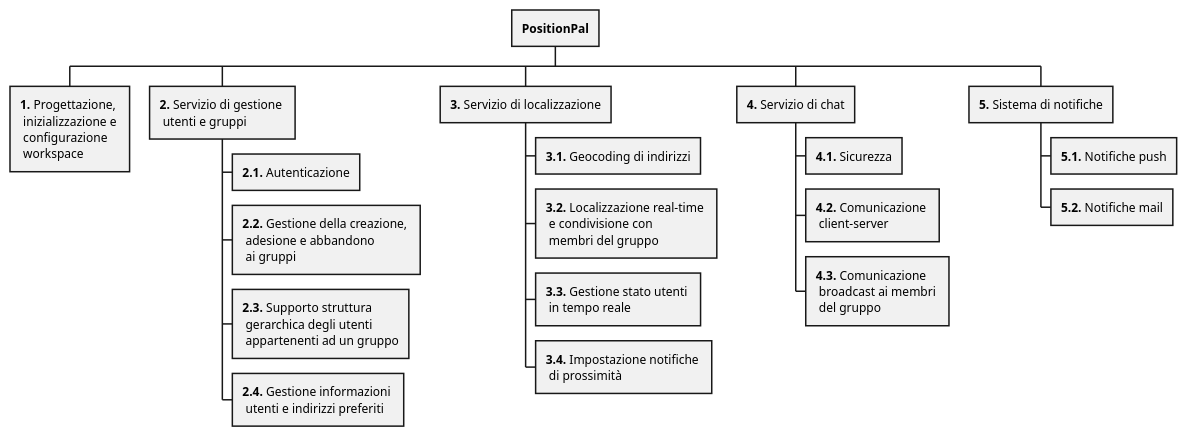
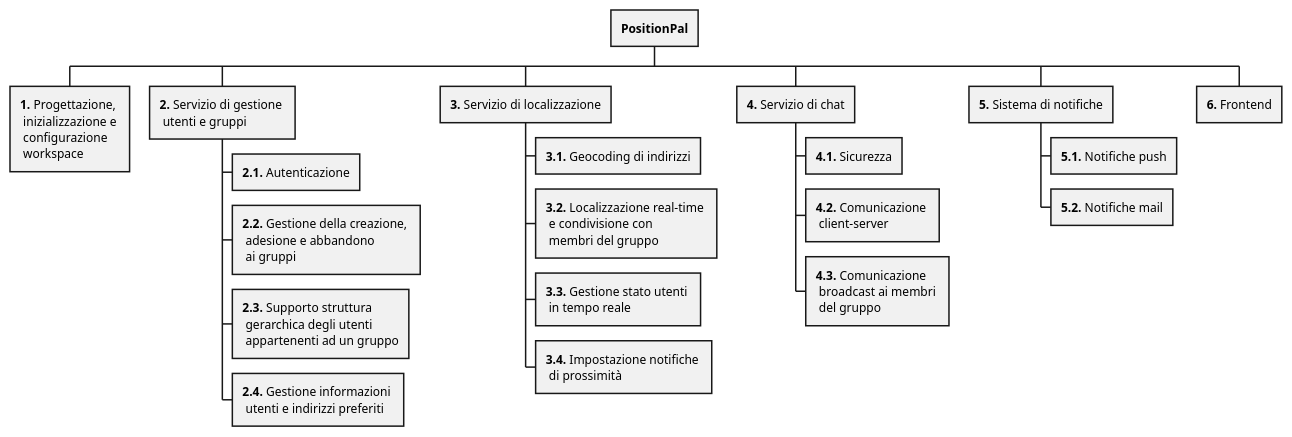
One commit to position-pal/PM-report changed the diagram in _attachments/2-rbs.md. Above: the diagram before and after it, drawn with PlantUML. The commit also changed other lines of this file and 2 other files, not shown here.

Commit message:
more wbs

````diff
--- a/_attachments/2-rbs.md
+++ b/_attachments/2-rbs.md
@@ -40,29 +42,31 @@
 ```plantuml
 @startwbs rbs
 
 + **PositionPal**
 
 ++ **1.** Progettazione, \n inizializzazione e \n configurazione \n workspace
 
 ++ **2.** Servizio di gestione \n utenti e gruppi
 +++ **2.1.** Autenticazione
 +++ **2.2.** Gestione della creazione, \n adesione e abbandono \n ai gruppi
 +++ **2.3.** Supporto struttura \n gerarchica degli utenti \n appartenenti ad un gruppo
 +++ **2.4.** Gestione informazioni \n utenti e indirizzi preferiti
 
 ++ **3.** Servizio di localizzazione
 +++ **3.1.** Geocoding di indirizzi
 +++ **3.2.** Localizzazione real-time \n e condivisione con \n membri del gruppo
 +++ **3.3.** Gestione stato utenti \n in tempo reale
 +++ **3.4.** Impostazione notifiche \n di prossimità
 
 ++ **4.** Servizio di chat
 +++ **4.1.** Sicurezza
 +++ **4.2.** Comunicazione \n client-server
 +++ **4.3.** Comunicazione \n broadcast ai membri \n del gruppo
 
 ++ **5.** Sistema di notifiche
 +++ **5.1.** Notifiche push
 +++ **5.2.** Notifiche mail
+
+++ **6.** Frontend
 @endwbs
 ```
````
